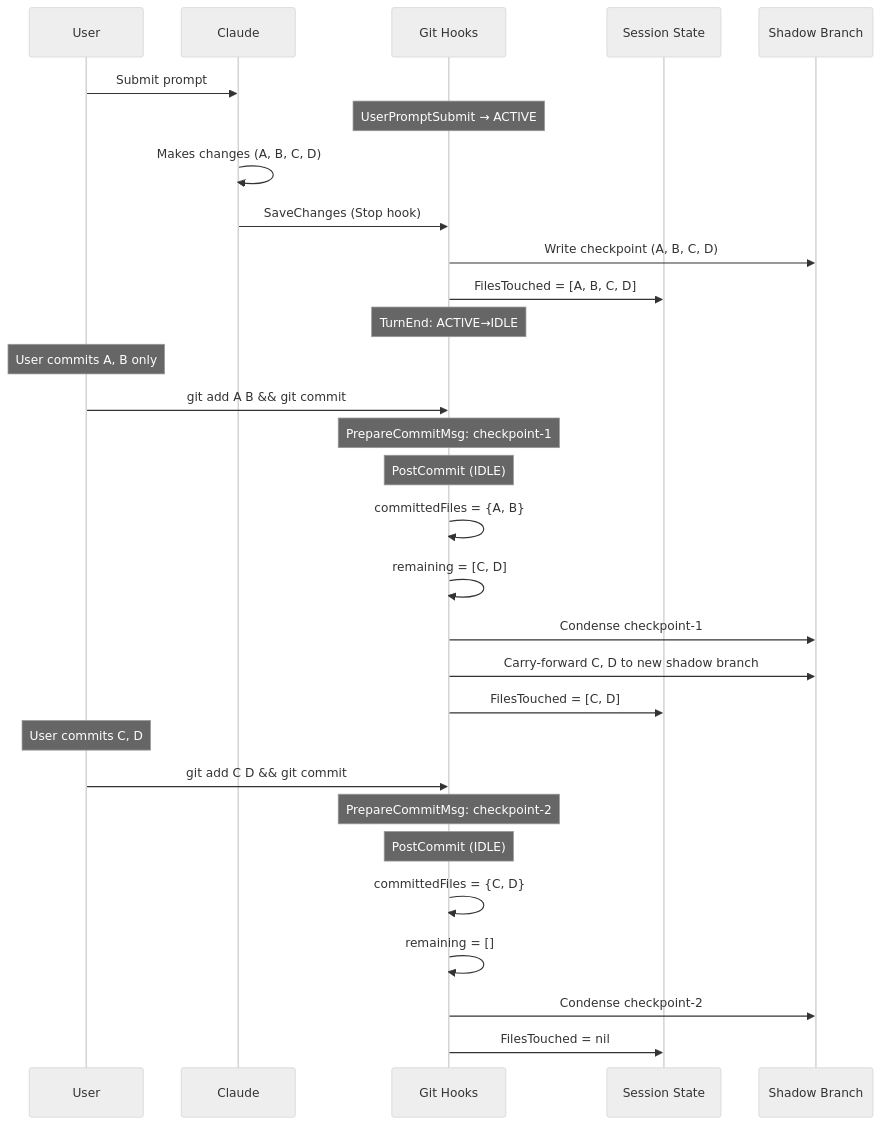
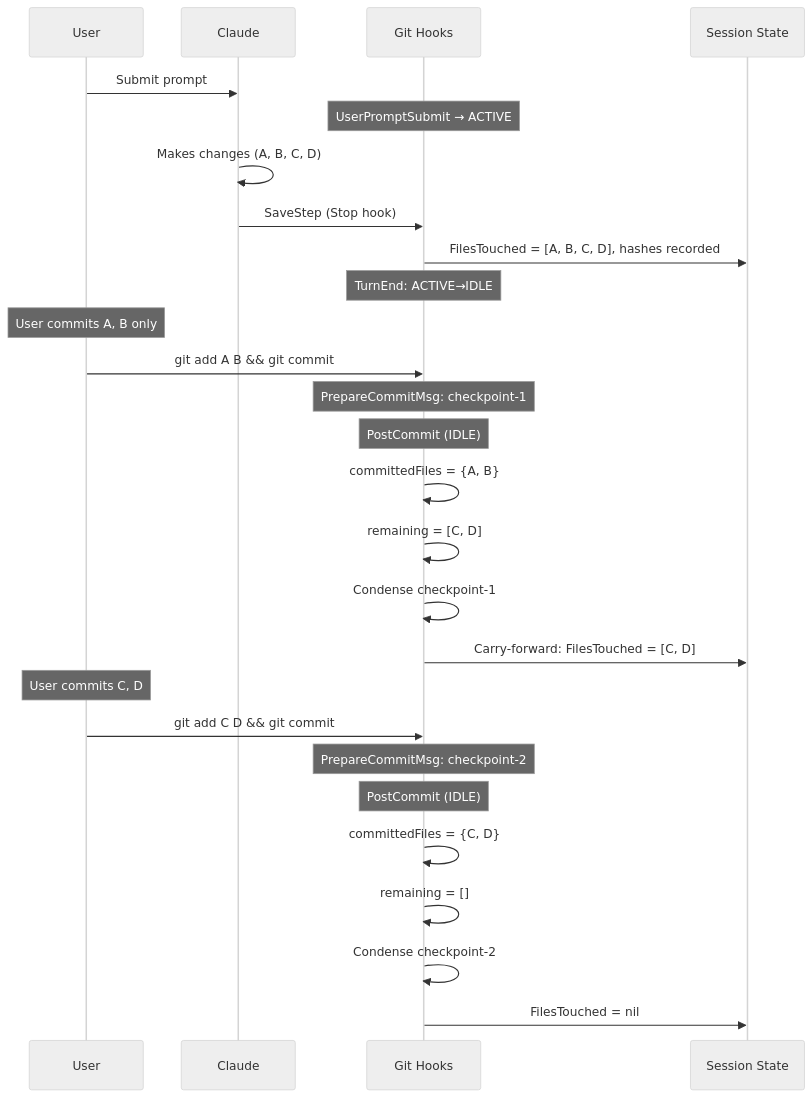
The fifth of 10 diagrams in docs/architecture/checkpoint-scenarios.md (entireio/cli), drawn with Mermaid (neutral theme) before and after one commit. The commit also changed other lines of this file and 17 other files, not shown here.

````diff
--- a/docs/architecture/checkpoint-scenarios.md
+++ b/docs/architecture/checkpoint-scenarios.md
@@ -171,36 +166,33 @@
 ```mermaid
 sequenceDiagram
     participant U as User
     participant C as Claude
     participant G as Git Hooks
     participant S as Session State
-    participant SB as Shadow Branch
 
     U->>C: Submit prompt
     Note over G: UserPromptSubmit → ACTIVE
 
     C->>C: Makes changes (A, B, C, D)
-    C->>G: SaveChanges (Stop hook)
-    G->>SB: Write checkpoint (A, B, C, D)
-    G->>S: FilesTouched = [A, B, C, D]
+    C->>G: SaveStep (Stop hook)
+    G->>S: FilesTouched = [A, B, C, D], hashes recorded
     Note over G: TurnEnd: ACTIVE→IDLE
 
     Note over U: User commits A, B only
     U->>G: git add A B && git commit
     Note over G: PrepareCommitMsg: checkpoint-1
     Note over G: PostCommit (IDLE)
     G->>G: committedFiles = {A, B}
     G->>G: remaining = [C, D]
-    G->>SB: Condense checkpoint-1
-    G->>SB: Carry-forward C, D to new shadow branch
-    G->>S: FilesTouched = [C, D]
+    G->>G: Condense checkpoint-1
+    G->>S: Carry-forward: FilesTouched = [C, D]
 
     Note over U: User commits C, D
     U->>G: git add C D && git commit
     Note over G: PrepareCommitMsg: checkpoint-2
     Note over G: PostCommit (IDLE)
     G->>G: committedFiles = {C, D}
     G->>G: remaining = []
-    G->>SB: Condense checkpoint-2
+    G->>G: Condense checkpoint-2
     G->>S: FilesTouched = nil
 ```
````
